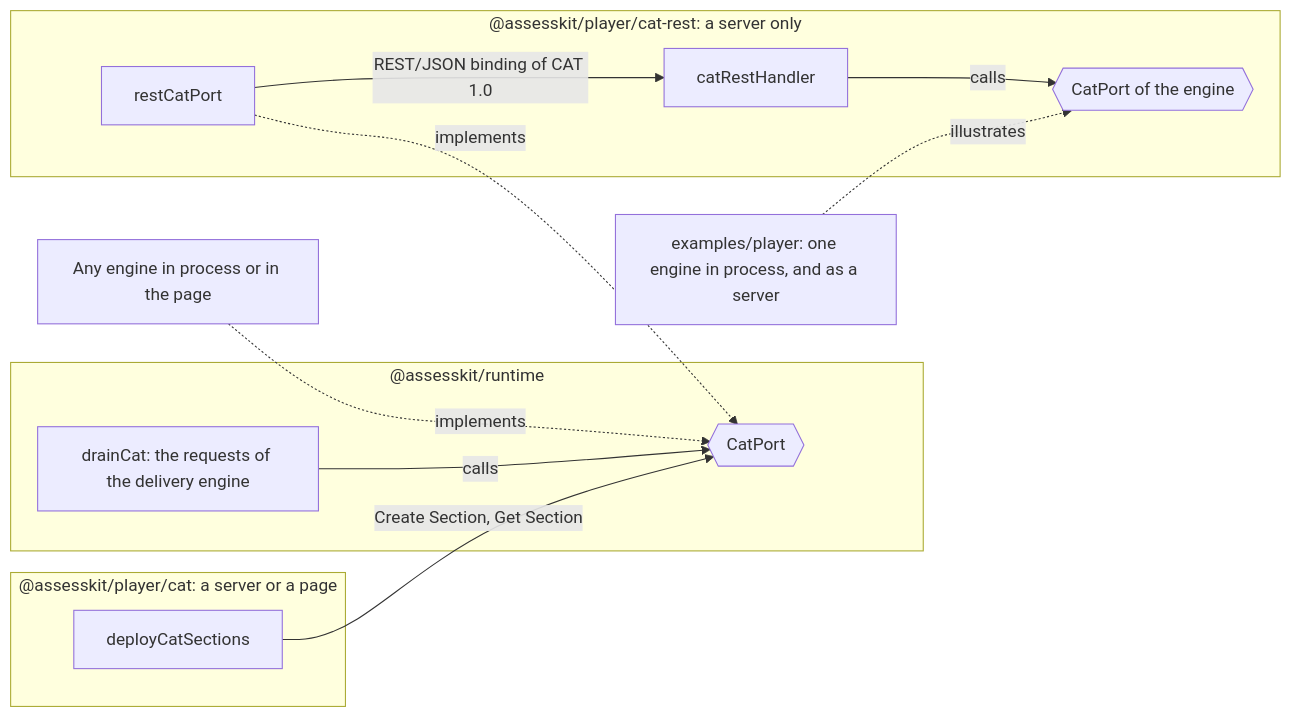
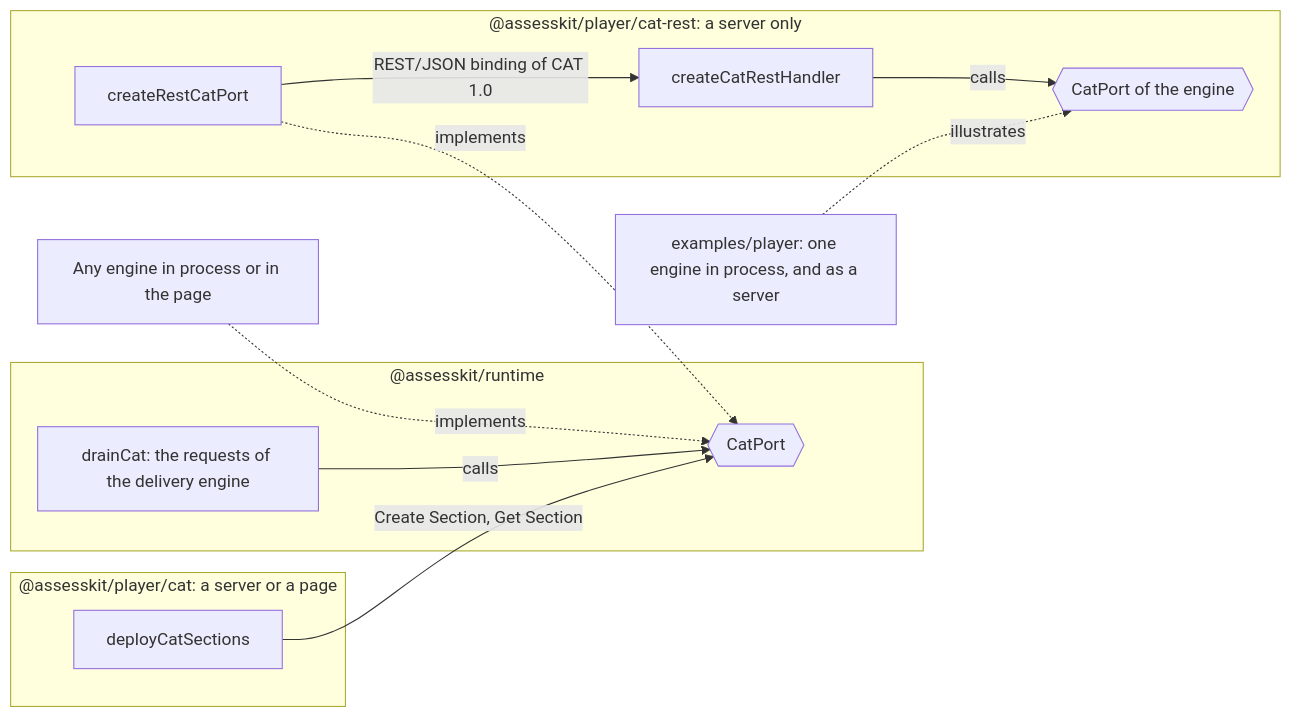
Before and after one commit to assesskit/assesskit: the first of 6 diagrams in docs/player/cat.md, drawn with Mermaid. The commit also changed other lines of this file and 15 other files, not shown here.

Commit message:
Name the factories of cat-rest with a verb: createCatRestHandler and createRestCatPort

````diff
--- a/docs/player/cat.md
+++ b/docs/player/cat.md
@@ -9,16 +9,16 @@
 ```mermaid
 flowchart LR
   subgraph runtime["@assesskit/runtime"]
     drain["drainCat: the requests of the delivery engine"] -->|calls| port{{"CatPort"}}
   end
   subgraph shared["@assesskit/player/cat: a server or a page"]
     deploy["deployCatSections"] -->|"Create Section, Get Section"| port
   end
   subgraph server["@assesskit/player/cat-rest: a server only"]
-    rest["restCatPort"] -.->|implements| port
-    handler["catRestHandler"] -->|"calls"| engine{{"CatPort of the engine"}}
+    rest["createRestCatPort"] -.->|implements| port
+    handler["createCatRestHandler"] -->|"calls"| engine{{"CatPort of the engine"}}
   end
   rest -->|"REST/JSON binding of CAT 1.0"| handler
   own["Any engine in process or in the page"] -.->|implements| port
   example["examples/player: one engine in process, and as a server"] -.->|illustrates| engine
 ```
````
